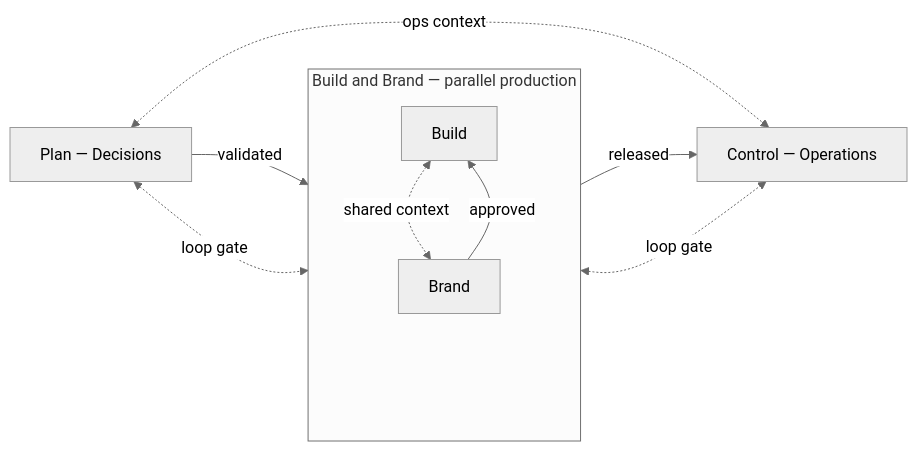
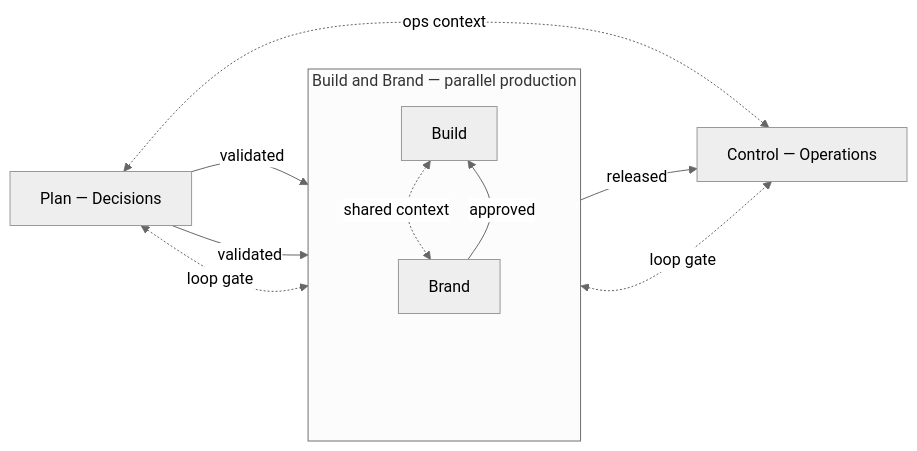
One commit to luckgrid/wfos changed the first of 2 diagrams in docs/architecture.md. Above: the diagram before and after it, drawn with Mermaid (neutral theme). The commit also changed other lines of this file, not shown here.

Commit message:
docs(architecture): align Workstreams loop topology

````diff
--- a/docs/architecture.md
+++ b/docs/architecture.md
@@ -70,28 +74,29 @@
 ```mermaid
 flowchart LR
   Plan[Plan — Decisions]
 
   subgraph Prod [Build and Brand — parallel production]
     direction TB
     Build[Build]
     Brand[Brand]
     Build <-.->|shared context| Brand
     Brand -->|approved| Build
 
     %% Transparent lower anchor keeps the loop gate below the solid gates.
     LoopGate(( ))
     Brand ~~~ LoopGate
   end
 
   Control[Control — Operations]
 
   Plan -->|validated| Build
+  Plan -->|validated| Brand
   Build -->|released| Control
 
   Plan <-.->|ops context| Control
   Plan <-.->|loop gate| LoopGate
   LoopGate <-.->|loop gate| Control
 
   classDef loopAnchor fill:transparent,stroke:transparent,color:transparent,stroke-width:0px;
   class LoopGate loopAnchor;
 ```
````
